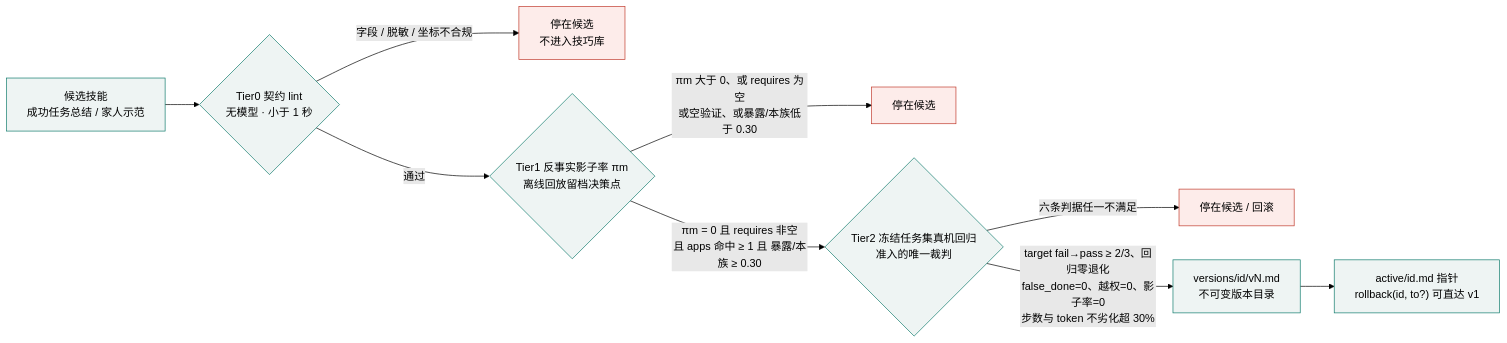
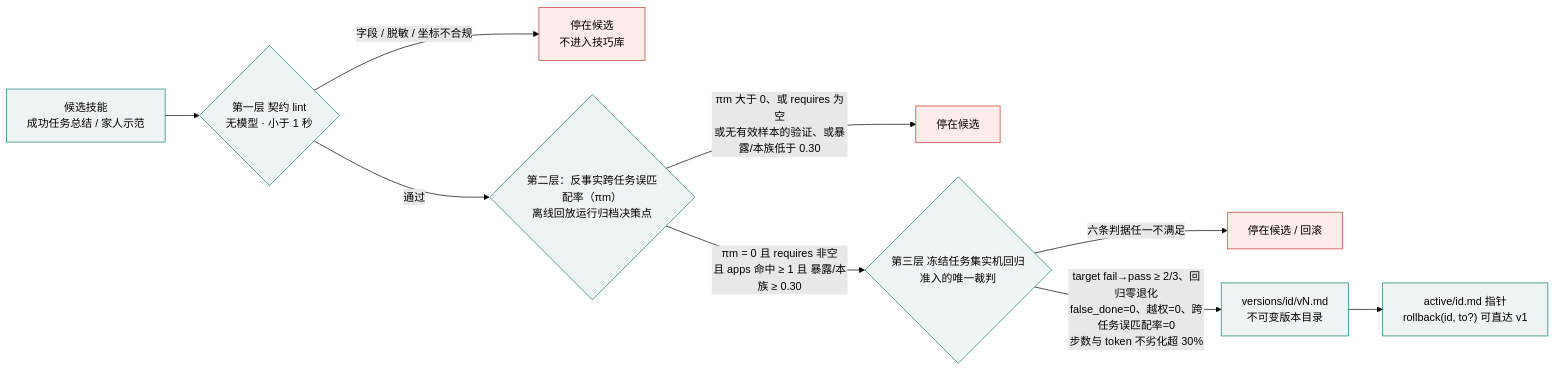
Before and after one commit to lhxll07/elder-harness: the eighth of 13 diagrams in docs/aic-2026/作品方案-定稿.md, drawn with Mermaid (forest theme). The commit also changed other lines of this file and 50 other files, not shown here.

````diff
--- a/docs/aic-2026/作品方案-定稿.md
+++ b/docs/aic-2026/作品方案-定稿.md
@@ -630,15 +632,15 @@
 ```mermaid
 flowchart LR
-  C["候选技能<br/>成功任务总结 / 家人示范"] --> T0{"Tier0 契约 lint<br/>无模型 · 小于 1 秒"}
+  C["候选技能<br/>成功任务总结 / 家人示范"] --> T0{"第一层 契约 lint<br/>无模型 · 小于 1 秒"}
   T0 -->|字段 / 脱敏 / 坐标不合规| STOP0["停在候选<br/>不进入技巧库"]
-  T0 -->|通过| T1{"Tier1 反事实影子率 πm<br/>离线回放留档决策点"}
-  T1 -->|πm 大于 0、或 requires 为空<br/>或空验证、或暴露/本族低于 0.30| STOP1["停在候选"]
-  T1 -->|πm = 0 且 requires 非空<br/>且 apps 命中 ≥ 1 且 暴露/本族 ≥ 0.30| T2{"Tier2 冻结任务集真机回归<br/>准入的唯一裁判"}
+  T0 -->|通过| T1{"第二层：反事实跨任务误匹配率（πm）<br/>离线回放运行归档决策点"}
+  T1 -->|πm 大于 0、或 requires 为空<br/>或无有效样本的验证、或暴露/本族低于 0.30| STOP1["停在候选"]
+  T1 -->|πm = 0 且 requires 非空<br/>且 apps 命中 ≥ 1 且 暴露/本族 ≥ 0.30| T2{"第三层 冻结任务集实机回归<br/>准入的唯一裁判"}
   T2 -->|六条判据任一不满足| STOP2["停在候选 / 回滚"]
-  T2 -->|target fail→pass ≥ 2/3、回归零退化<br/>false_done=0、越权=0、影子率=0<br/>步数与 token 不劣化超 30%| V["versions/id/vN.md<br/>不可变版本目录"]
+  T2 -->|target fail→pass ≥ 2/3、回归零退化<br/>false_done=0、越权=0、跨任务误匹配率=0<br/>步数与 token 不劣化超 30%| V["versions/id/vN.md<br/>不可变版本目录"]
   V --> ACT["active/id.md 指针<br/>rollback(id, to?) 可直达 v1"]
   classDef stop fill:#fdecea,stroke:#c0392b
   classDef go fill:#eef4f3,stroke:#0f7b6c
   class STOP0,STOP1,STOP2 stop
   class C,T0,T1,T2,V,ACT go
 ```
````
